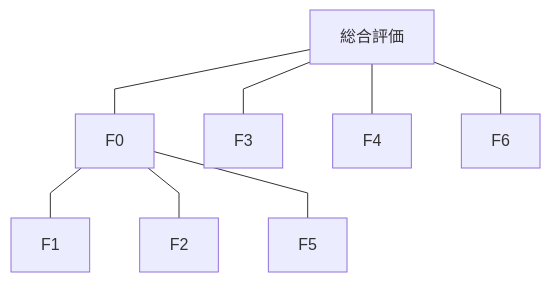
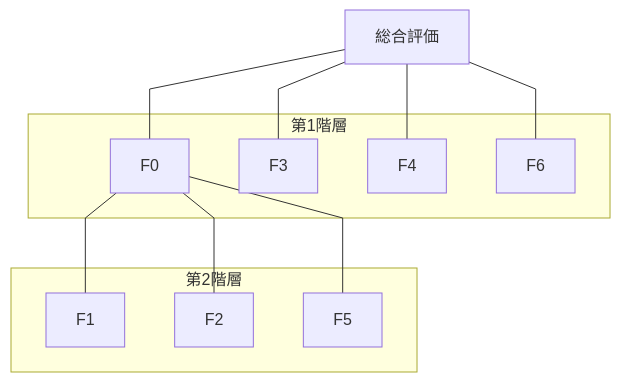
The second of 2 diagrams in slides/OptSeminar/3.AnalyticHierarchyProcess/slide.md (kentakom1213/share), drawn with Mermaid before and after one commit. The commit also changed other lines of this file, not shown here.

```diff
--- a/slides/OptSeminar/3.AnalyticHierarchyProcess/slide.md
+++ b/slides/OptSeminar/3.AnalyticHierarchyProcess/slide.md
@@ -80,12 +86,23 @@
 <div class="mermaid">
 %%{init:{'theme':'default','flowchart':{'curve':'linear'}}}%%
 graph TD
   root[総合評価]
-  root --- f0[F0]
-  root --- f3[F3]
-  root --- f4[F4]
-  root --- f6[F6]
-  f0 --- f1[F1]
-  f0 --- f2[F2]
-  f0 --- f5[F5]
+  subgraph 第1階層
+    f0[F0]
+    f3[F3]
+    f4[F4]
+    f6[F6]
+  end
+  subgraph 第2階層
+    f1[F1]
+    f2[F2]
+    f5[F5]
+  end
+  root --- f0
+  root --- f3
+  root --- f4
+  root --- f6
+  f0 --- f1
+  f0 --- f2
+  f0 --- f5
 </div>
```
